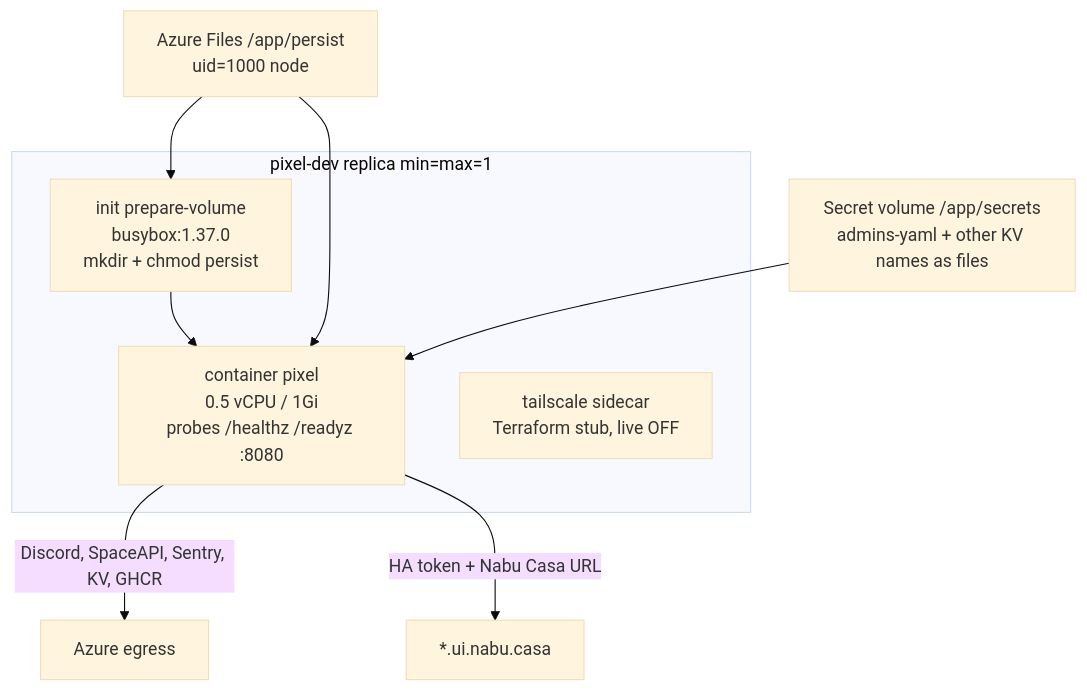
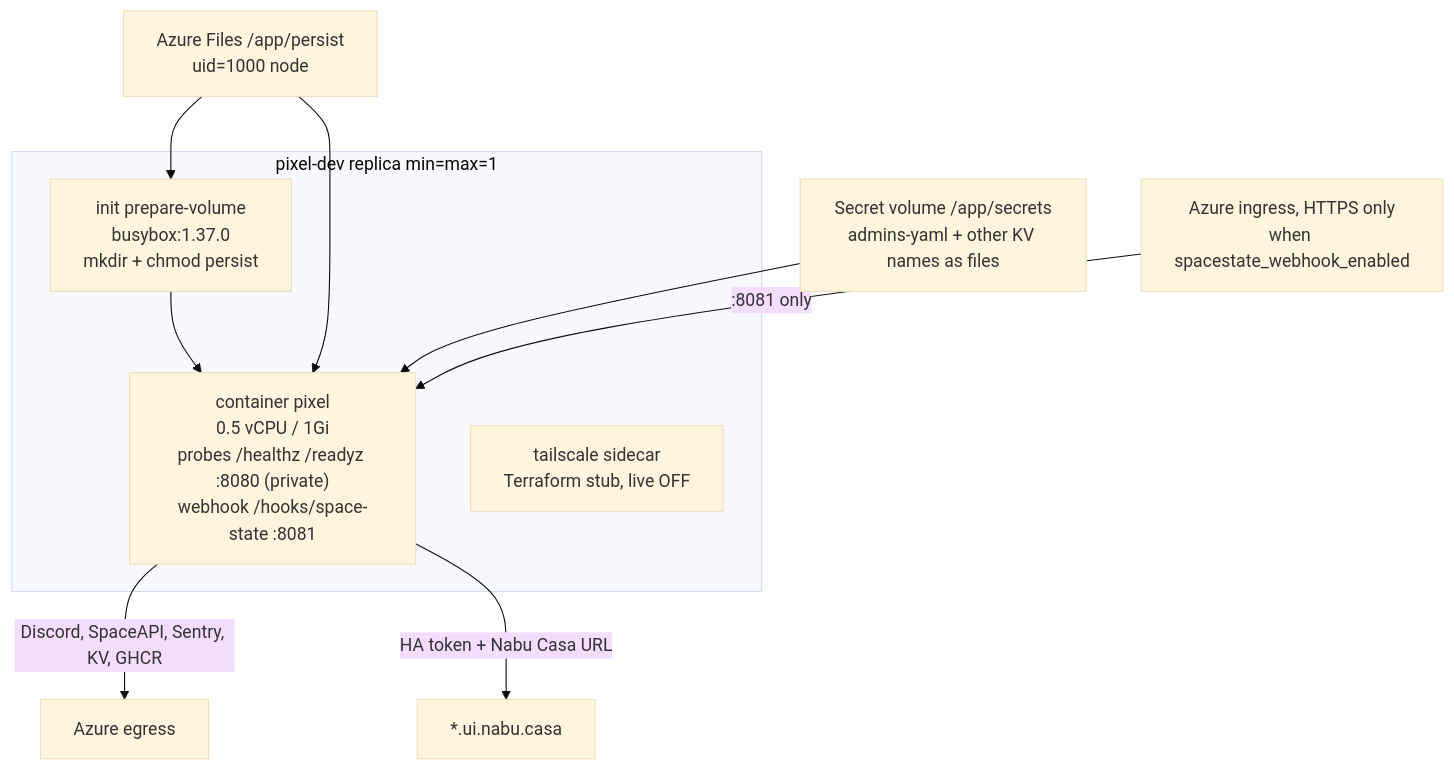
Before and after one commit to pixelbar/pixel: the second of 2 diagrams in docs/infra.md, drawn with Mermaid (base theme). The commit also changed other lines of this file and 42 other files, not shown here.

First line of the commit message:
Add a signed space state webhook so open/closed is noticed at once

````diff
--- a/docs/infra.md
+++ b/docs/infra.md
@@ -111,16 +113,17 @@
 ```mermaid
 flowchart TB
   subgraph replica["pixel-dev replica  min=max=1"]
     INIT["init prepare-volume<br/>busybox:1.37.0<br/>mkdir + chmod persist"]
-    PIXEL["container pixel<br/>0.5 vCPU / 1Gi<br/>probes /healthz /readyz :8080"]
+    PIXEL["container pixel<br/>0.5 vCPU / 1Gi<br/>probes /healthz /readyz :8080 (private)<br/>webhook /hooks/space-state :8081"]
     TSSTUB["tailscale sidecar<br/>Terraform stub, live OFF"]
     INIT --> PIXEL
   end
   SECVOL["Secret volume /app/secrets<br/>admins-yaml + other KV names as files"]
   FILEVOL["Azure Files /app/persist<br/>uid=1000 node"]
   SECVOL --> PIXEL
   FILEVOL --> INIT
   FILEVOL --> PIXEL
   PIXEL -->|Discord, SpaceAPI, Sentry, KV, GHCR| EGRESS["Azure egress"]
+  INGRESS["Azure ingress, HTTPS only<br/>when spacestate_webhook_enabled"] -->|:8081 only| PIXEL
   PIXEL -->|HA token + Nabu Casa URL| NABU["*.ui.nabu.casa"]
 ```
````
